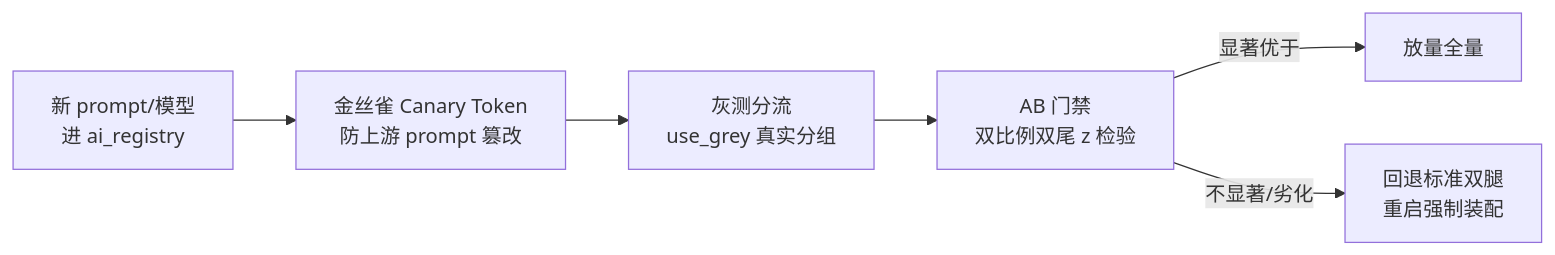
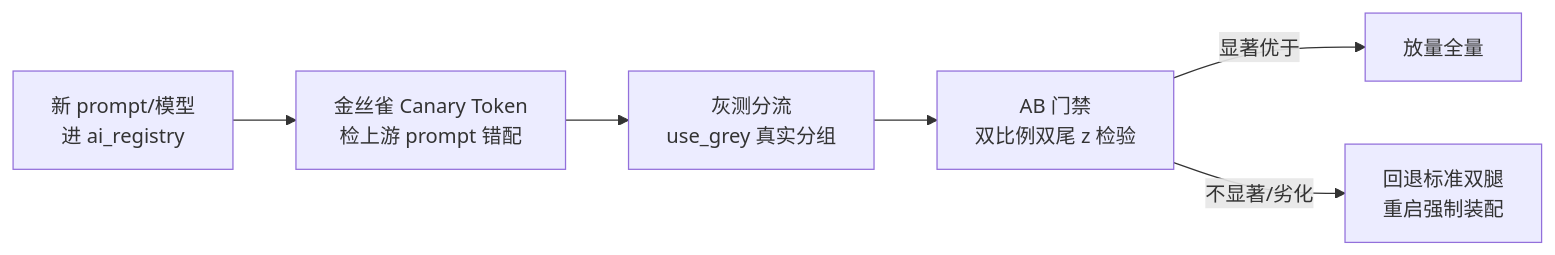
One commit to KANGGG-L/receipt-agent-interview changed the diagram in docs/07-PM敏捷交付流程资产/08-上线Rollout与迭代.md. Above: the diagram before and after it, drawn with Mermaid. The commit also changed other lines of this file and 274 other files, not shown here.

Commit message:
feat(engine): 支持 6 腿自定义 Token 单价、Prompt Caching 细分计费与推全回滚闭环

````diff
--- a/docs/07-PM敏捷交付流程资产/08-上线Rollout与迭代.md
+++ b/docs/07-PM敏捷交付流程资产/08-上线Rollout与迭代.md
@@ -25,8 +25,8 @@
 ```mermaid
 flowchart LR
-    A[新 prompt/模型<br/>进 ai_registry] --> B[金丝雀 Canary Token<br/>防上游 prompt 篡改]
+    A[新 prompt/模型<br/>进 ai_registry] --> B[金丝雀 Canary Token<br/>检上游 prompt 错配]
     B --> C[灰测分流<br/>use_grey 真实分组]
     C --> D[AB 门禁<br/>双比例双尾 z 检验]
     D -->|显著优于| E[放量全量]
     D -->|不显著/劣化| F[回退标准双腿<br/>重启强制装配]
 ```
````
